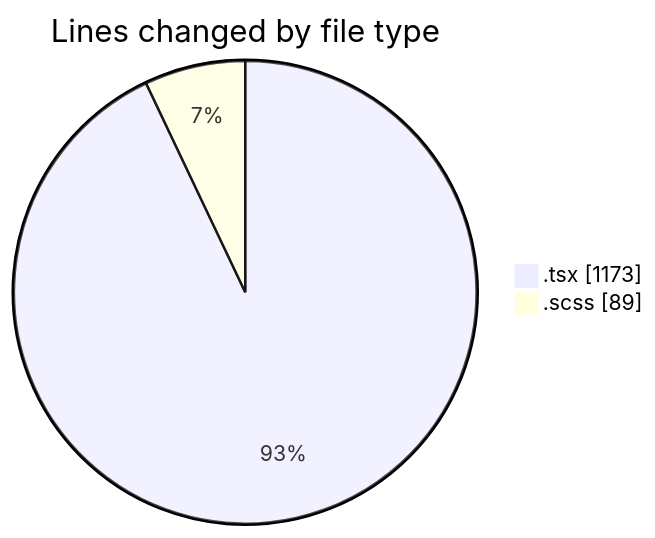
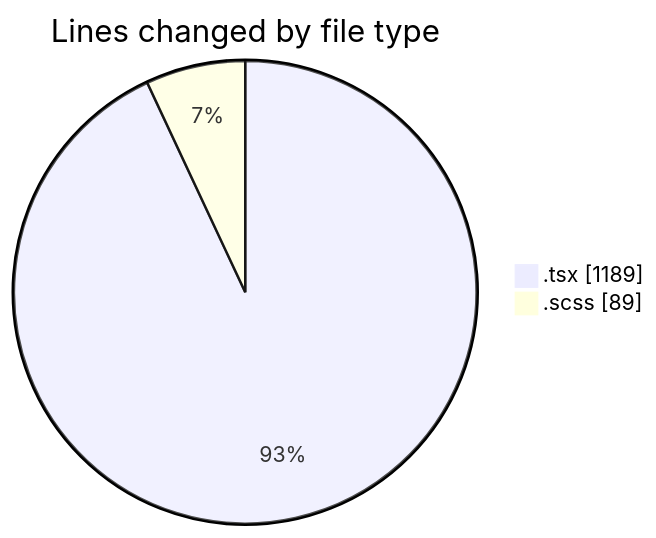
The first of 2 diagrams in 2025-06-17/cda/README.md (momahboobian/code-tracking), drawn with Mermaid before and after one commit. The commit also changed other lines of this file and 1 other file, not shown here.

````diff
--- a/2025-06-17/cda/README.md
+++ b/2025-06-17/cda/README.md
@@ -23,6 +23,6 @@
 ```mermaid
 pie showData
 title Lines changed by file type
-".tsx" : 1173
+".tsx" : 1189
 ".scss" : 89
 ```
````
